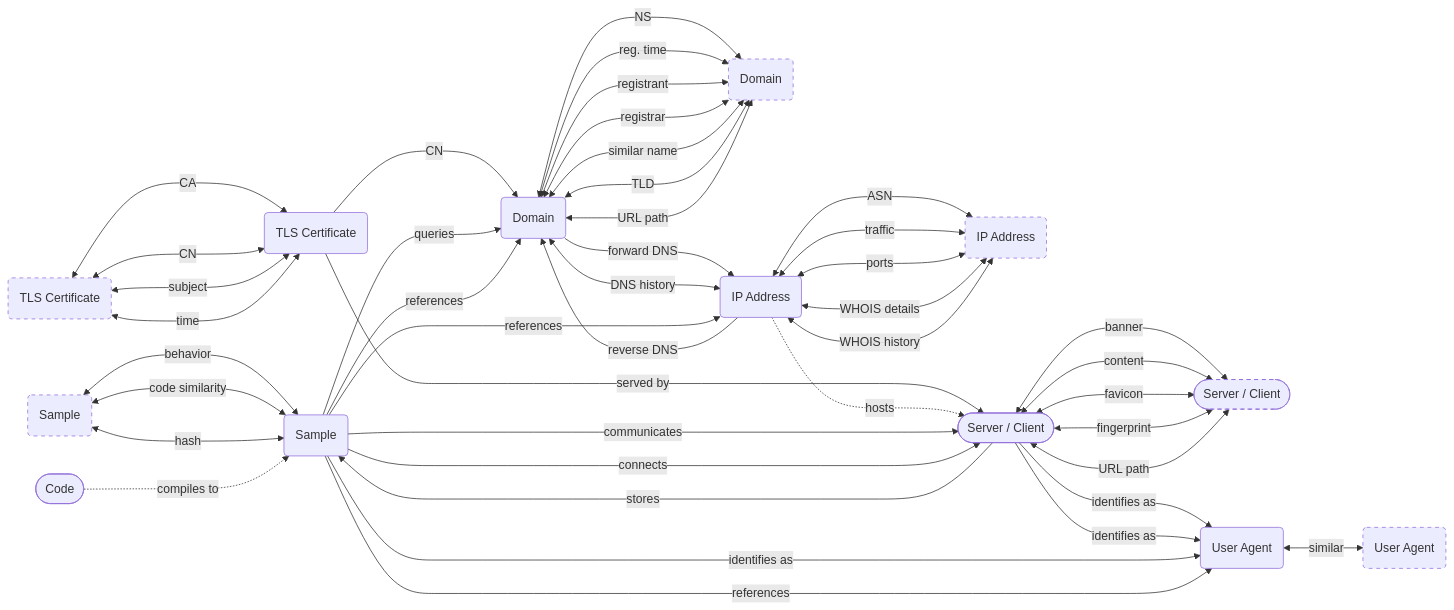
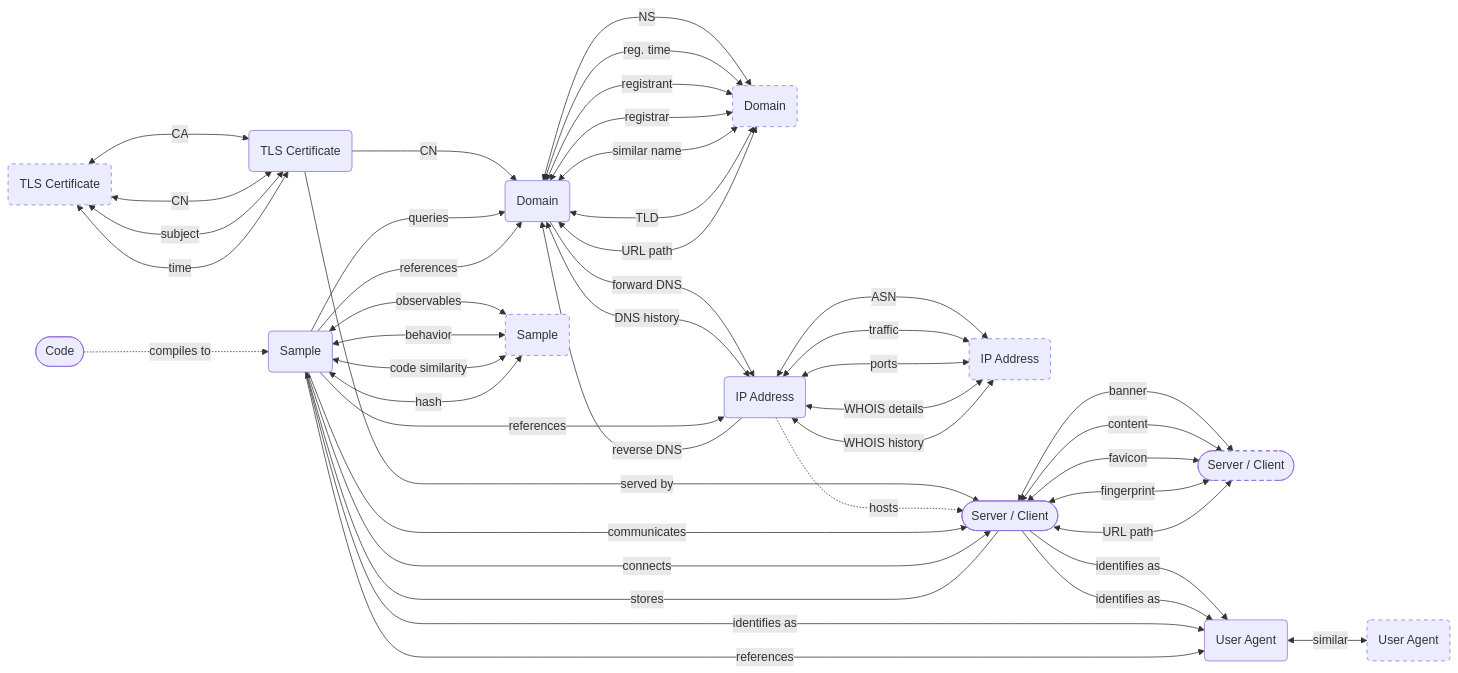
Before and after one commit to korniko98/pivot-atlas: the diagram in docs/map/index.md, drawn with Mermaid.

````diff
--- a/docs/map/index.md
+++ b/docs/map/index.md
@@ -13,70 +13,71 @@
 ```mermaid
 flowchart LR
 	classDef secondary stroke-dasharray: 5 5
 	
 	%% define nodes
 	CODE([Code])
 	DOMAIN(Domain)
 	DOMAIN_(Domain):::secondary
 	IP_ADDRESS(IP Address)
 	IP_ADDRESS_(IP Address):::secondary
 	SAMPLE(Sample)
 	SAMPLE_(Sample):::secondary
 	SERVER([Server / Client])
 	SERVER_([Server / Client]):::secondary
 	USER_AGENT(User Agent)
 	USER_AGENT_(User Agent):::secondary
 	TLS_CERT(TLS Certificate)
 	TLS_CERT_(TLS Certificate):::secondary
 
 	%% define edges
 	DOMAIN -- forward DNS ---> IP_ADDRESS
 	DOMAIN <-- DNS history ---> IP_ADDRESS
 	DOMAIN <-- NS ---> DOMAIN_
 	DOMAIN <-- reg. time ---> DOMAIN_
 	DOMAIN <-- registrant ---> DOMAIN_
 	DOMAIN <-- registrar ---> DOMAIN_
 	DOMAIN <-- similar name ---> DOMAIN_
 	DOMAIN <-- TLD ---> DOMAIN_
 	DOMAIN <-- URL path ---> DOMAIN_
 	TLS_CERT -- CN  ---> DOMAIN
 	TLS_CERT -- served by  --> SERVER
 	TLS_CERT_ <-- CA  --> TLS_CERT
 	TLS_CERT_ <-- CN  --> TLS_CERT
 	TLS_CERT_ <-- subject  --> TLS_CERT
 	TLS_CERT_ <-- time ---> TLS_CERT
 	IP_ADDRESS -- reverse DNS  ---> DOMAIN
 	IP_ADDRESS -. hosts ..-> SERVER
 	IP_ADDRESS <-- ASN ---> IP_ADDRESS_
 	IP_ADDRESS <-- traffic ---> IP_ADDRESS_
 	IP_ADDRESS <-- ports ---> IP_ADDRESS_
 	IP_ADDRESS <-- WHOIS details  ---> IP_ADDRESS_
 	IP_ADDRESS <-- WHOIS history  ---> IP_ADDRESS_
 	USER_AGENT <-- similar  --> USER_AGENT_
 	SERVER -- identifies as ---> USER_AGENT
 	SERVER -- stores --> SAMPLE
 	SERVER <-- banner  ---> SERVER_
 	SERVER <-- content ---> SERVER_
 	SERVER <-- favicon ---> SERVER_
 	SERVER <-- fingerprint ---> SERVER_
 	SERVER <-- URL path ---> SERVER_
 	SERVER -- identifies as --> USER_AGENT
 	SAMPLE_ <-- behavior ---> SAMPLE
 	SAMPLE_ <-- code similarity ---> SAMPLE
 	SAMPLE -- communicates --> SERVER
 	SAMPLE -- connects --> SERVER
 	SAMPLE_ <-- hash  ---> SAMPLE
+	SAMPLE <-- observables ---> SAMPLE_
 	SAMPLE -- identifies as ---> USER_AGENT
 	SAMPLE -- queries ---> DOMAIN
 	SAMPLE -- references  ---> DOMAIN
 	SAMPLE -- references ---> IP_ADDRESS
 	SAMPLE -- references --> USER_AGENT
 	CODE -. compiles to ..-> SAMPLE
 
 	%% define links
 	click DOMAIN "/artifacts/domain/"
 	click IP_ADDRESS "/artifacts/ip-address/"
 	click SAMPLE "/artifacts/sample/"
 	click TLS_CERT "/artifacts/tls-certificate/"
 	click USER_AGENT "/artifacts/user-agent/"
 ```
````
